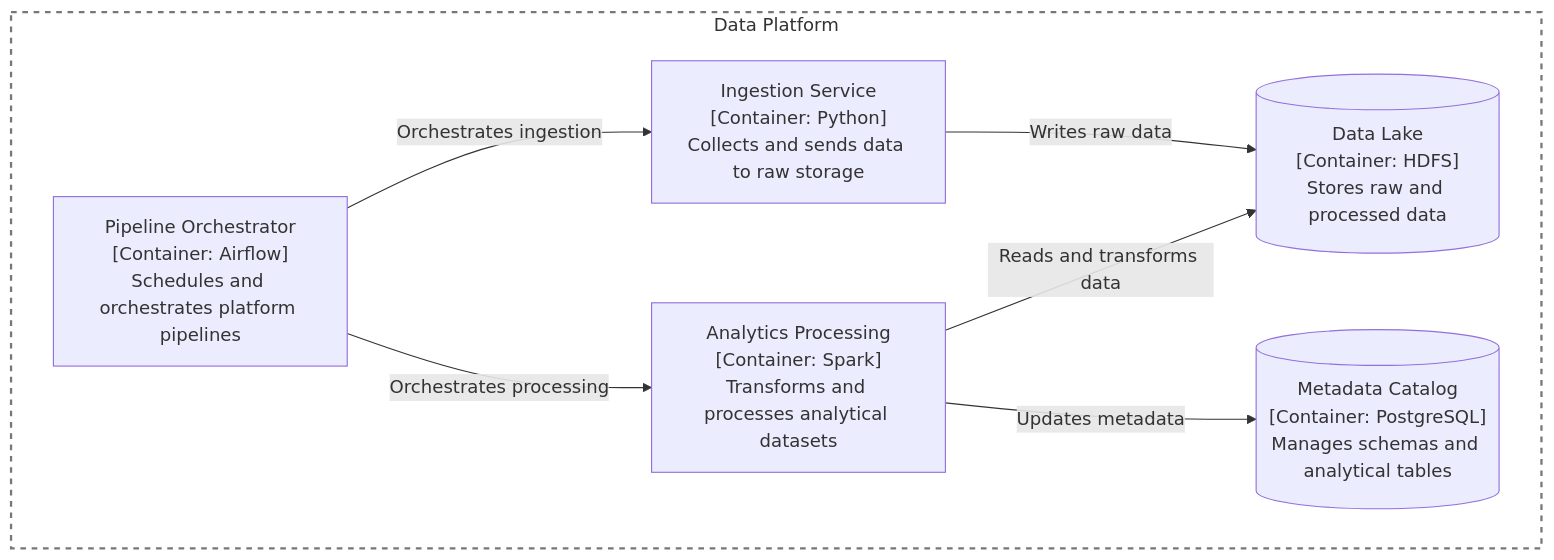
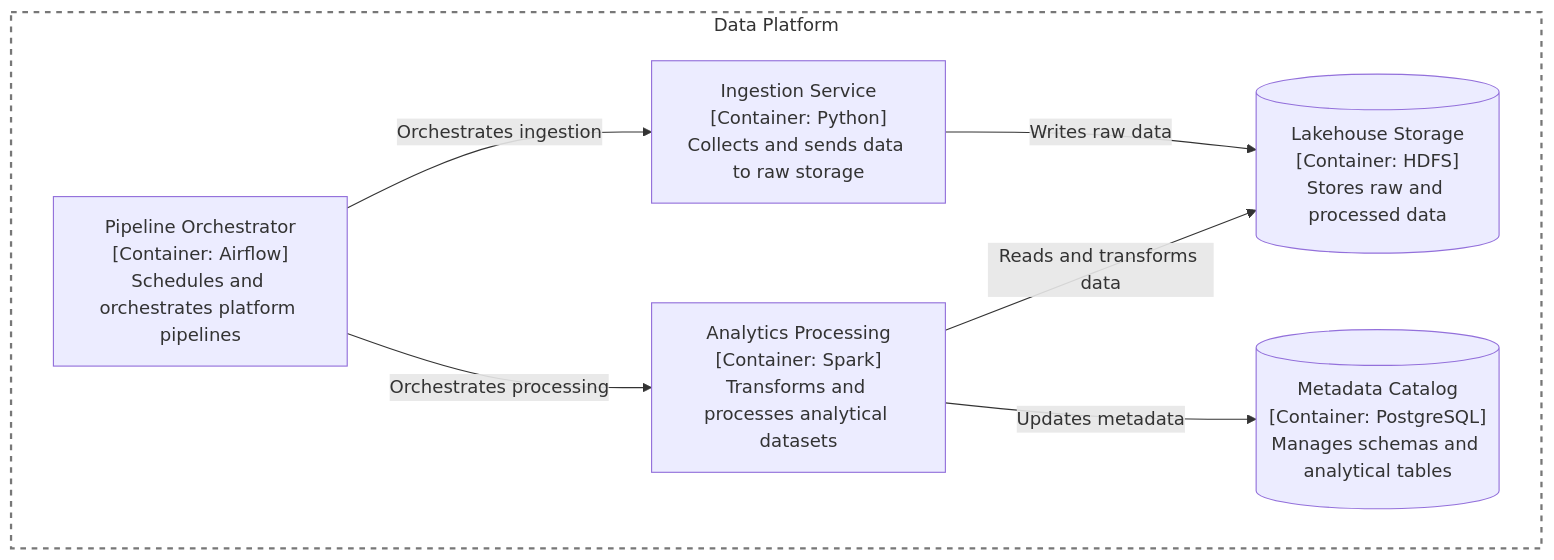
One commit to mentoria-edu/data_vet changed the eighth of 9 diagrams in docs/c4/standards/c4_mermaid_diagram_standard.md. Above: the diagram before and after it, drawn with Mermaid. The commit also changed 5 other files, not shown here.

````diff
--- a/docs/c4/standards/c4_mermaid_diagram_standard.md
+++ b/docs/c4/standards/c4_mermaid_diagram_standard.md
@@ -253,31 +253,31 @@
 ```mermaid
 flowchart LR
 
 subgraph PLATFORM_BOUNDARY["Data Platform"]
 
 direction LR
 
 AIRFLOW["Pipeline Orchestrator<br/>[Container: Airflow]<br/>Schedules and orchestrates platform pipelines"]
 
 INGESTION["Ingestion Service<br/>[Container: Python]<br/>Collects and sends data to raw storage"]
 
 PROCESSOR["Analytics Processing<br/>[Container: Spark]<br/>Transforms and processes analytical datasets"]
 
-STORAGE[("Data Lake<br/>[Container: HDFS]<br/>Stores raw and processed data")]
+STORAGE[("Lakehouse Storage<br/>[Container: HDFS]<br/>Stores raw and processed data")]
 
 METADATA[("Metadata Catalog<br/>[Container: PostgreSQL]<br/>Manages schemas and analytical tables")]
 
 end
 
 AIRFLOW -->|Orchestrates ingestion| INGESTION
 
 AIRFLOW -->|Orchestrates processing| PROCESSOR
 
 INGESTION -->|Writes raw data| STORAGE
 
 PROCESSOR -->|Reads and transforms data| STORAGE
 
 PROCESSOR -->|Updates metadata| METADATA
 
 style PLATFORM_BOUNDARY fill:none,stroke:#777,stroke-width:2px,stroke-dasharray: 5 5
 ```
````
